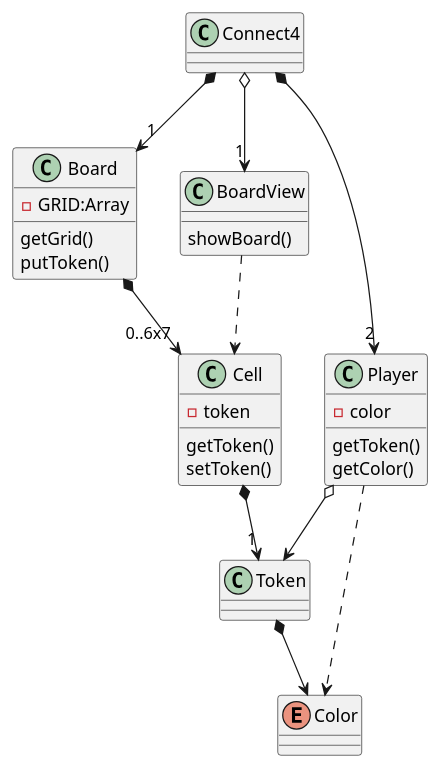
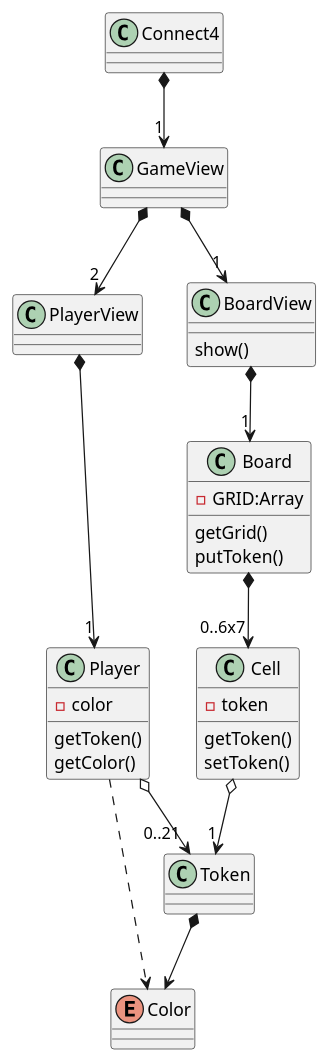
One commit to olaft/mpds-javascript changed the diagram in connect4/connect4.plantuml. Above: the diagram before and after it, drawn with PlantUML. The commit also changed 2 other files, not shown here.

```diff
--- a/connect4/connect4.plantuml
+++ b/connect4/connect4.plantuml
@@ -1,35 +1,40 @@
 @startuml
 class Connect4
 class Board{
     -GRID:Array
     getGrid()
     putToken()
 }
-
+class GameView {
+}
+class PlayerView {
+}
 class BoardView {
-    showBoard()
+    show()
 }
 class Player {
     -color
     getToken()
     getColor()
 }
 class Cell {
     -token
     getToken()
     setToken()
 }
 class Token
 enum Color{
 }
-Connect4 *--> "1" Board
-Connect4 o--> "1" BoardView
-Connect4 *--> "2" Player
-BoardView ..> Cell
-Player o--> Token
+
+Connect4 *--> "1" GameView
+GameView *--> "2" PlayerView
+GameView *--> "1" BoardView
+PlayerView *--> "1" Player
+BoardView *--> "1" Board
 Token *--> Color
+Player o--> "0..21" Token
 Player ..> Color
 
 Board *--> "0..6x7" Cell
-Cell *--> "1" Token
+Cell o--> "1" Token
 @enduml
```
